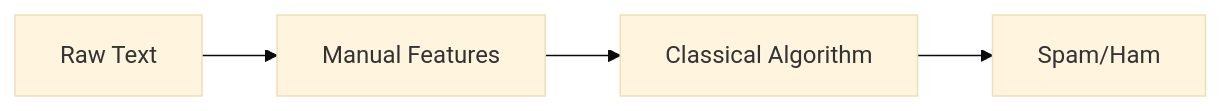
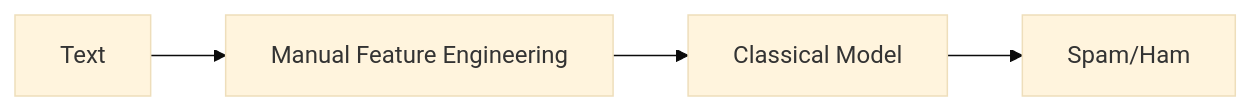
Before and after one commit to FortinetCloudCSE/genai-creator-lab: the second of 6 diagrams in content/00introduction/introduction_ml.md, drawn with Mermaid (base theme). The commit also changed other lines of this file, not shown here.

````diff
--- a/content/00introduction/introduction_ml.md
+++ b/content/00introduction/introduction_ml.md
@@ -42,6 +228,6 @@
 ```mermaid
 graph LR
-    A[Raw Text] --> B[Manual Features]
-    B --> C[Classical Algorithm]
+    A[Text] --> B[Manual Feature Engineering]
+    B --> C[Classical Model]
     C --> D[Spam/Ham]
 ```
````
